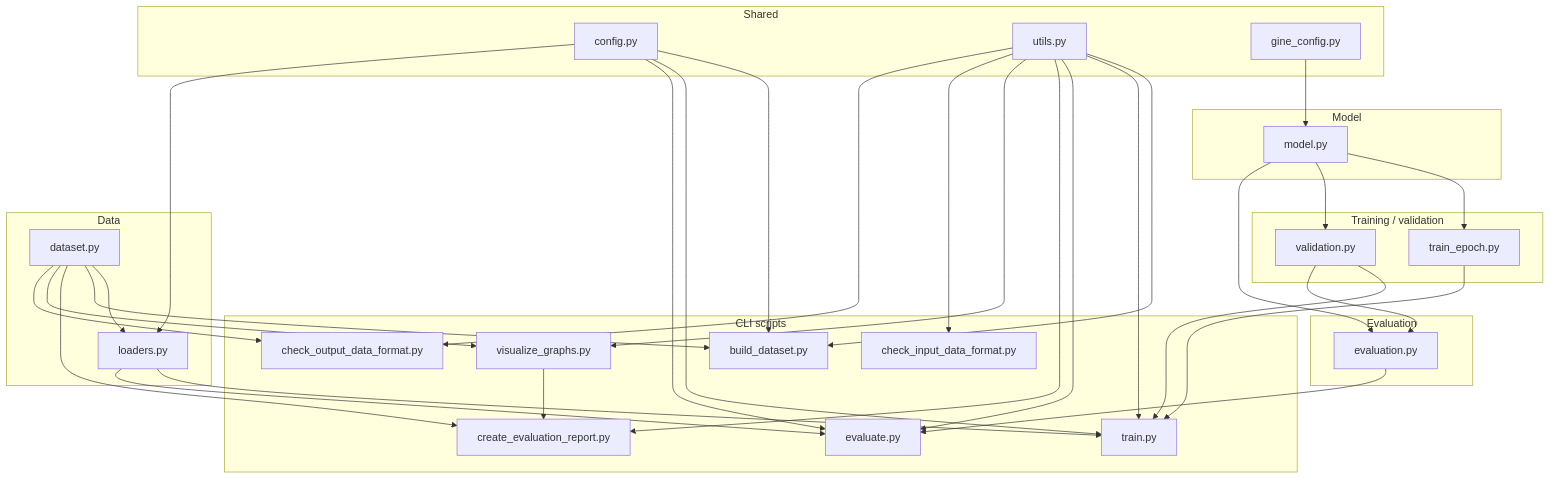
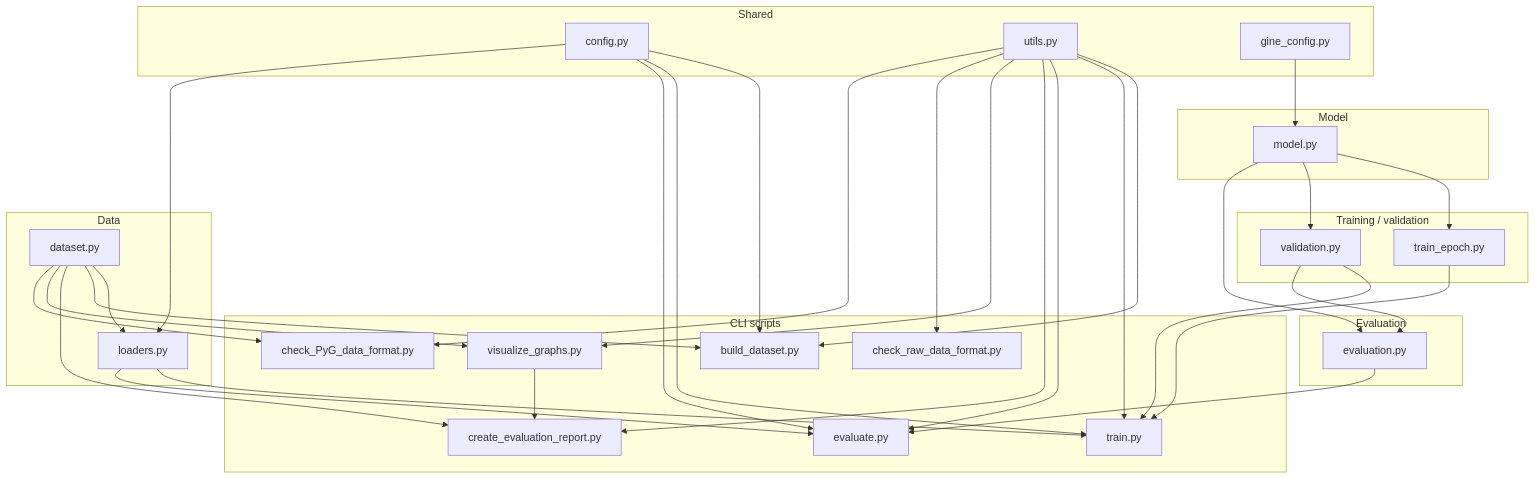
The second of 2 diagrams in README.md (mananoreboton/gnn_gine_mprov3), drawn with Mermaid before and after one commit. The commit also changed other lines of this file and 3 other files, not shown here.

````diff
--- a/README.md
+++ b/README.md
@@ -124,64 +124,64 @@
 ```mermaid
 flowchart TB
     subgraph cli [CLI scripts]
         BuildScript[build_dataset.py]
         TrainScript[train.py]
         EvalScript[evaluate.py]
         ReportScript[create_evaluation_report.py]
         VizScript[visualize_graphs.py]
-        CheckInScript[check_input_data_format.py]
-        CheckOutScript[check_output_data_format.py]
+        CheckInScript[check_raw_data_format.py]
+        CheckOutScript[check_PyG_data_format.py]
     end
 
     subgraph shared [Shared]
         Config[config.py]
         Utils[utils.py]
         GineConfig[gine_config.py]
     end
 
     subgraph data_layer [Data]
         Dataset[dataset.py]
         Loaders[loaders.py]
     end
 
     subgraph model_layer [Model]
         Model[model.py]
     end
 
     subgraph train_logic [Training / validation]
         TrainEpoch[train_epoch.py]
         Validation[validation.py]
     end
 
     subgraph eval_logic [Evaluation]
         Evaluation[evaluation.py]
     end
 
     Config --> BuildScript
     Config --> TrainScript
     Config --> EvalScript
     Config --> Loaders
     Utils --> BuildScript
     Utils --> TrainScript
     Utils --> EvalScript
     Utils --> ReportScript
     Utils --> VizScript
     Utils --> CheckInScript
     Utils --> CheckOutScript
     GineConfig --> Model
     Dataset --> Loaders
     Dataset --> BuildScript
     Loaders --> TrainScript
     Loaders --> EvalScript
     Model --> TrainEpoch
     Model --> Validation
     Model --> Evaluation
     TrainEpoch --> TrainScript
     Validation --> TrainScript
     Validation --> Evaluation
     Evaluation --> EvalScript
     Dataset --> ReportScript
     Dataset --> VizScript
     VizScript --> ReportScript
     Dataset --> CheckOutScript
 ```
````
